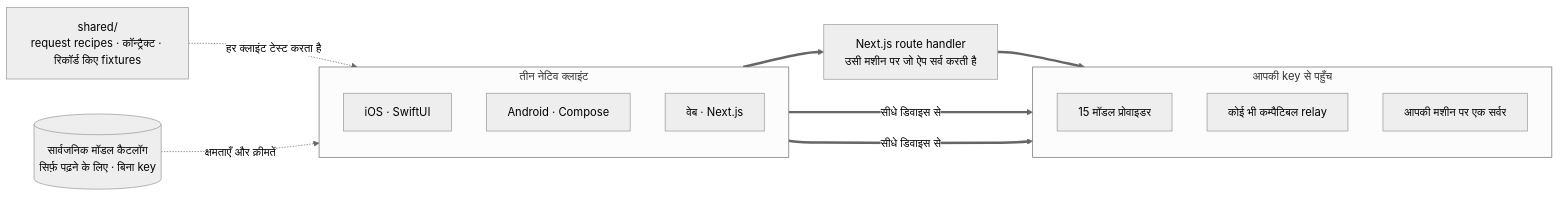
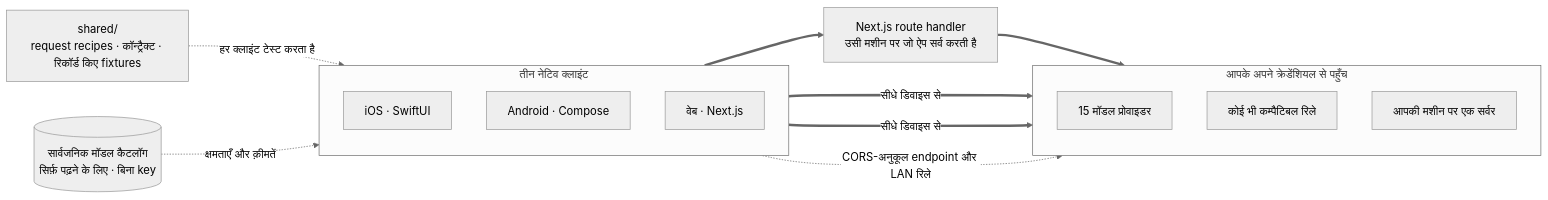
Before and after one commit to oriveo/oriveo: the diagram in readme_i18n/hi/README.md, drawn with Mermaid (neutral theme). The commit also changed other lines of this file and 89 other files, not shown here.

````diff
--- a/readme_i18n/hi/README.md
+++ b/readme_i18n/hi/README.md
@@ -179,26 +189,27 @@
 ```mermaid
 flowchart LR
     shared["shared/<br/>request recipes · कॉन्ट्रैक्ट · रिकॉर्ड किए fixtures"]
 
     subgraph clients ["तीन नेटिव क्लाइंट"]
         direction TB
         ios["iOS · SwiftUI"]
         android["Android · Compose"]
         web["वेब · Next.js"]
     end
 
     route["Next.js route handler<br/>उसी मशीन पर जो ऐप सर्व करती है"]
 
-    subgraph upstream ["आपकी key से पहुँच"]
+    subgraph upstream ["आपके अपने क्रेडेंशियल से पहुँच"]
         official["15 मॉडल प्रोवाइडर"]
-        relay["कोई भी कम्पैटिबल relay"]
+        relay["कोई भी कम्पैटिबल रिले"]
         local["आपकी मशीन पर एक सर्वर"]
     end
 
     catalog[("सार्वजनिक मॉडल कैटलॉग<br/>सिर्फ़ पढ़ने के लिए · बिना key")]
 
     shared -.->|"हर क्लाइंट टेस्ट करता है"| clients
     catalog -.->|"क्षमताएँ और क़ीमतें"| clients
     ios & android ==>|"सीधे डिवाइस से"| upstream
     web ==> route ==> upstream
+    web -.->|"CORS-अनुकूल endpoint और LAN रिले"| upstream
 ```
````
